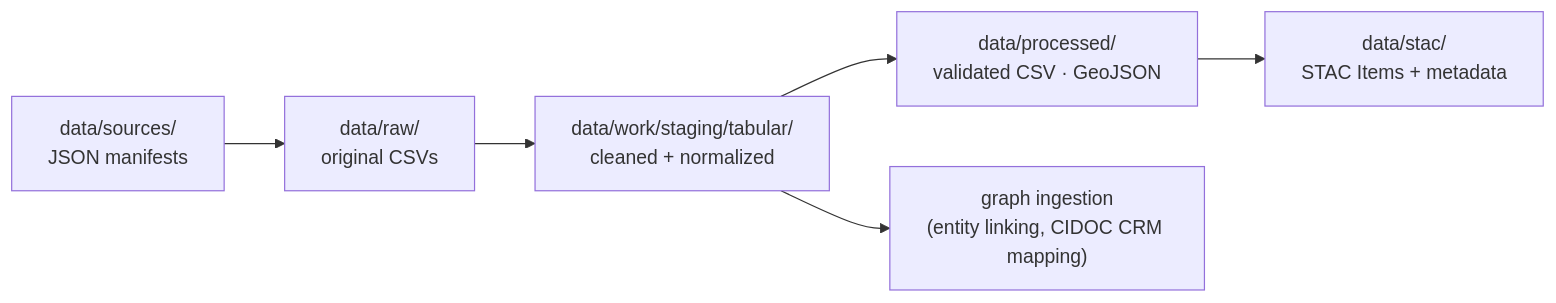
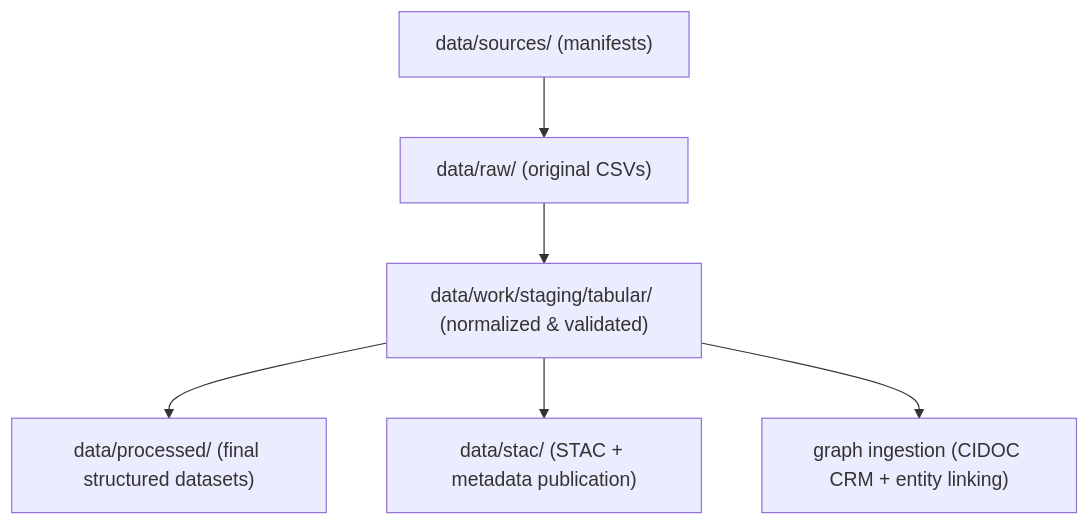
Before and after one commit to bartytime4life/Kansas-Frontier-Matrix: the first of 2 diagrams in data/work/staging/tabular/README.md, drawn with Mermaid. The commit also changed other lines of this file, not shown here.

`````diff
--- a/data/work/staging/tabular/README.md
+++ b/data/work/staging/tabular/README.md
@@ -35,9 +71,8 @@
 ```mermaid
-flowchart LR
-  A["data/sources/\nJSON manifests"] --> B["data/raw/\noriginal CSVs"]
-  B --> C["data/work/staging/tabular/\ncleaned + normalized"]
-  C --> D["data/processed/\nvalidated CSV · GeoJSON"]
-  D --> E["data/stac/\nSTAC Items + metadata"]
-  C --> F["graph ingestion\n(entity linking, CIDOC CRM mapping)"]
-%% END OF MERMAID
-````
+flowchart TD
+A["data/sources/ (manifests)"] --> B["data/raw/ (original CSVs)"]
+B --> C["data/work/staging/tabular/ (normalized & validated)"]
+C --> D["data/processed/ (final structured datasets)"]
+C --> E["data/stac/ (STAC + metadata publication)"]
+C --> F["graph ingestion (CIDOC CRM + entity linking)"]
+```
`````
